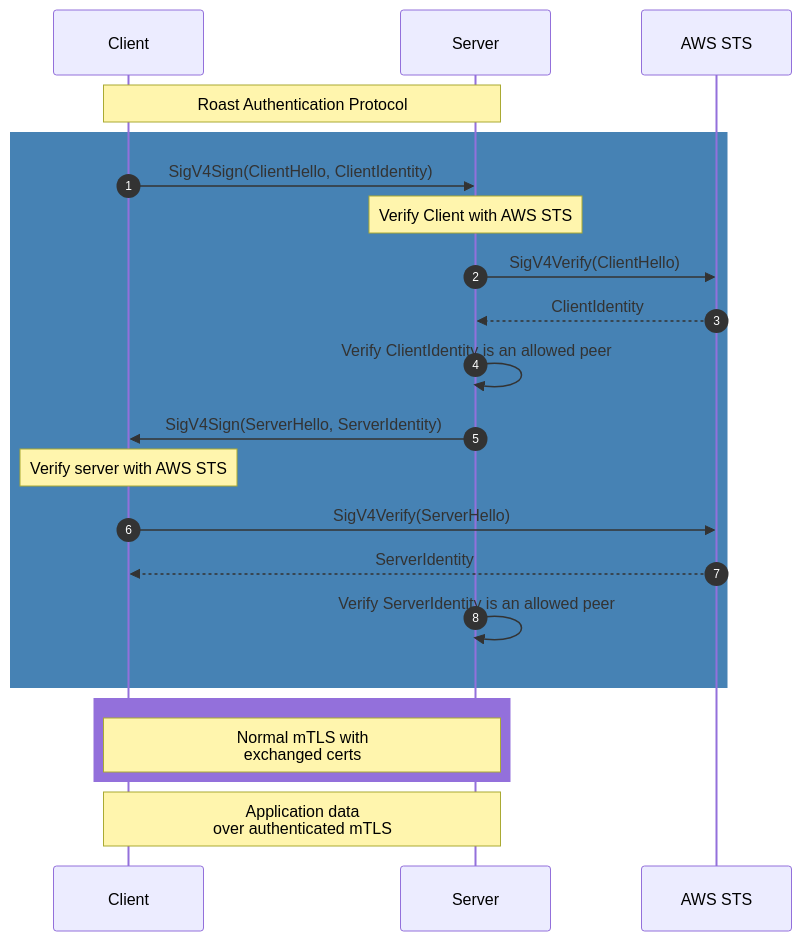
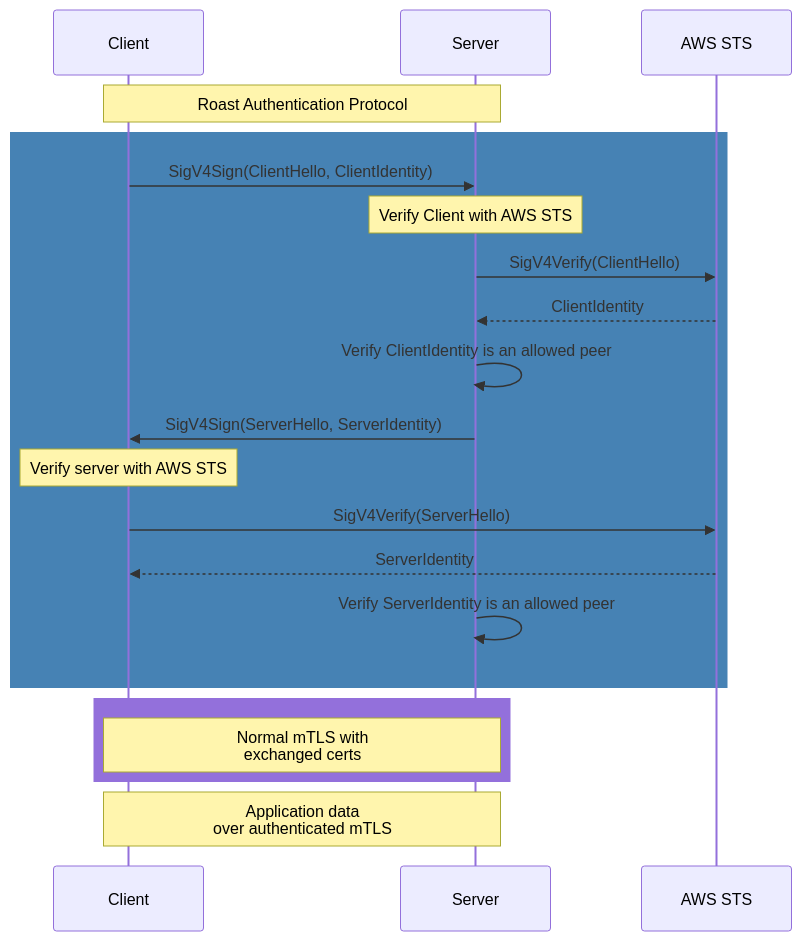
One commit to thomasdesr/roast changed the first of 2 diagrams in docs/protocol.md. Above: the diagram before and after it, drawn with Mermaid. The commit also changed other lines of this file, not shown here.

Commit message:
No autonumber, more cleanup

````diff
--- a/docs/protocol.md
+++ b/docs/protocol.md
@@ -61,31 +61,30 @@
 ```mermaid
 sequenceDiagram
-    autonumber
     participant C as Client
     participant S as Server
     participant AWS as AWS STS
 
     Note over C,S: Roast Authentication Protocol
 
     rect rgb(70, 130, 180)
         C->>S: SigV4Sign(ClientHello, ClientIdentity)
 
         Note over S: Verify Client with AWS STS
         S->>AWS: SigV4Verify(ClientHello)
         AWS-->>S: ClientIdentity
         S->>S: Verify ClientIdentity is an allowed peer
         
         S->>C: SigV4Sign(ServerHello, ServerIdentity)
 
         Note over C: Verify server with AWS STS
         C->>AWS: SigV4Verify(ServerHello)
         AWS-->>C: ServerIdentity
         S->>S: Verify ServerIdentity is an allowed peer
     end
 
     rect rgb(147, 112, 219)
-        Note over C,S:Normal mTLS with<br/>exchanged certs
+        Note over C,S: Normal mTLS with<br/>exchanged certs
     end
     
     Note over C,S: Application data<br/>over authenticated mTLS
 ```
````
